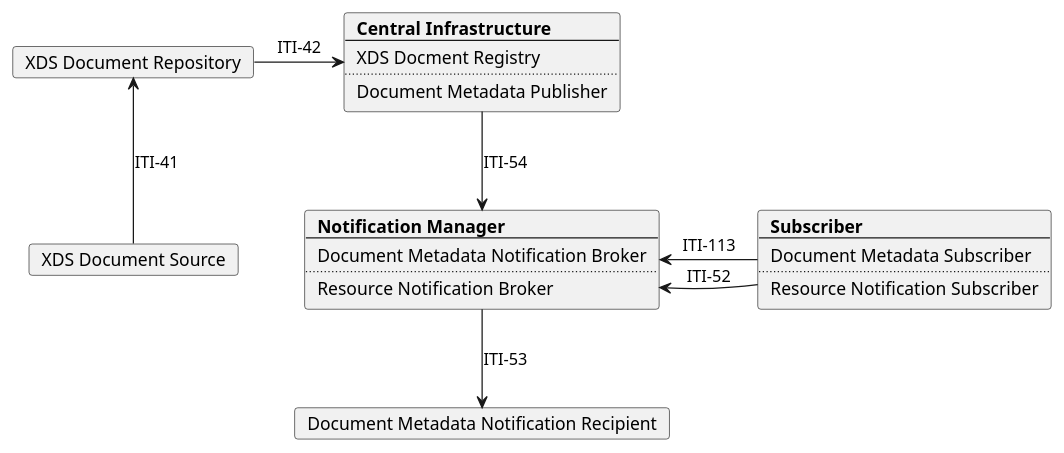
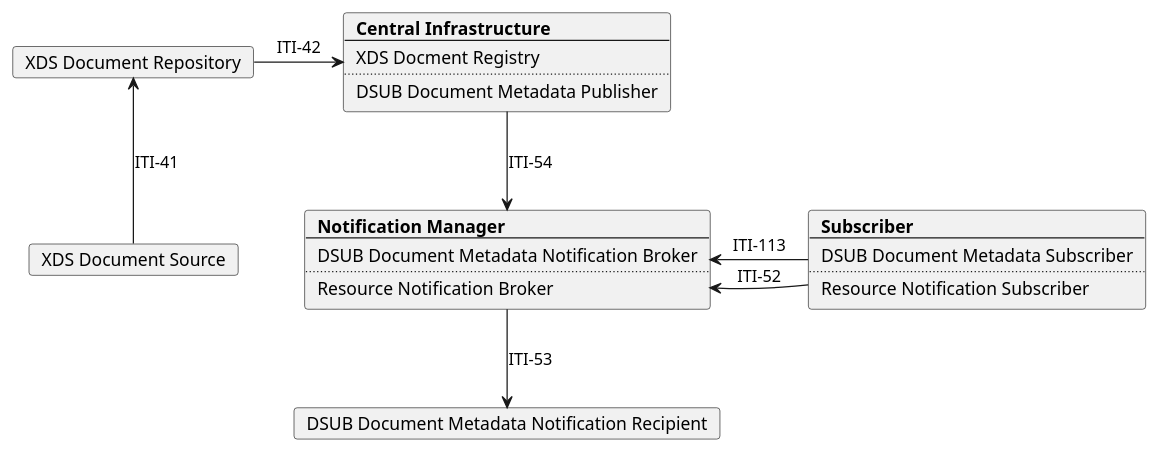
Before and after one commit to IHE/ITI.DSUBm: the diagram in input/images-source/model_DSUB.plantuml, drawn with PlantUML. The commit also changed 4 other files, not shown here.

```diff
--- a/input/images-source/model_DSUB.plantuml
+++ b/input/images-source/model_DSUB.plantuml
@@ -1,47 +1,47 @@
 @startuml
 skinparam svgDimensionStyle false
 skinparam componentStyle rectangle
 
 hide footbox
 /' title "DSUBm grouped with DSUB: Notification Manager" '/
 
 card "XDS Document Source" as Source
 card "XDS Document Repository" as Repo
 
 card  Central [
   <b>Central Infrastructure
   ----
   XDS Docment Registry
   ....
-  Document Metadata Publisher
+  DSUB Document Metadata Publisher
 ]
 
 card Broker [
   <b>Notification Manager
   ----
-  Document Metadata Notification Broker
+  DSUB Document Metadata Notification Broker
   ....
   Resource Notification Broker
 ]
 
 card Subscriber [
   <b>Subscriber
   ----
-  Document Metadata Subscriber
+  DSUB Document Metadata Subscriber
   ....
   Resource Notification Subscriber
 ]
 
-card "Document Metadata Notification Recipient" as DSUB_Recipient 
+card "DSUB Document Metadata Notification Recipient" as DSUB_Recipient 
 
 
 
 Subscriber -l-> Broker: ITI-113
 Subscriber -l-> Broker: ITI-52
 
 
 Source -u-> Repo: ITI-41
 Repo -r-> Central: ITI-42
 Central -d-> Broker: ITI-54
 Broker-d-> DSUB_Recipient: ITI-53
 @enduml
```
